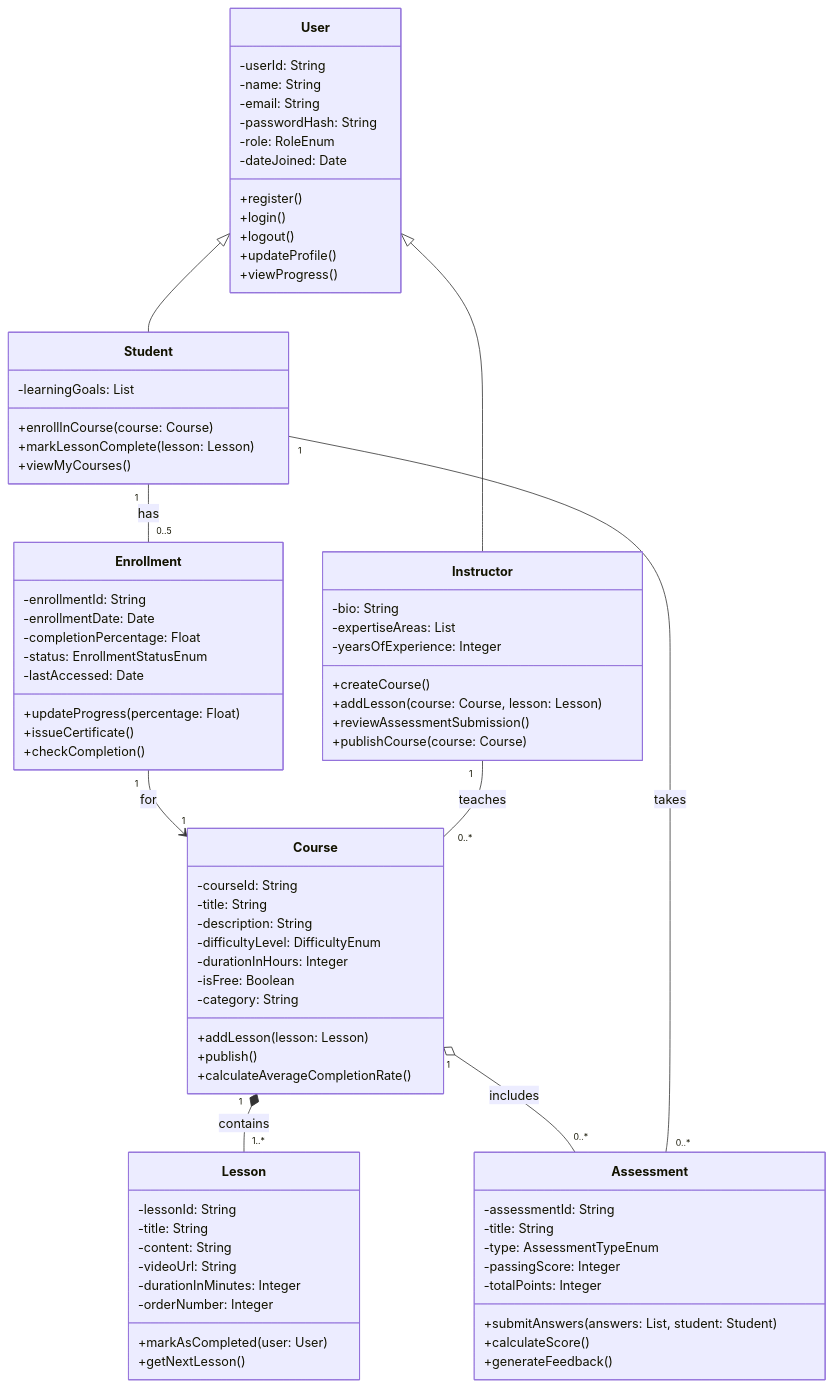
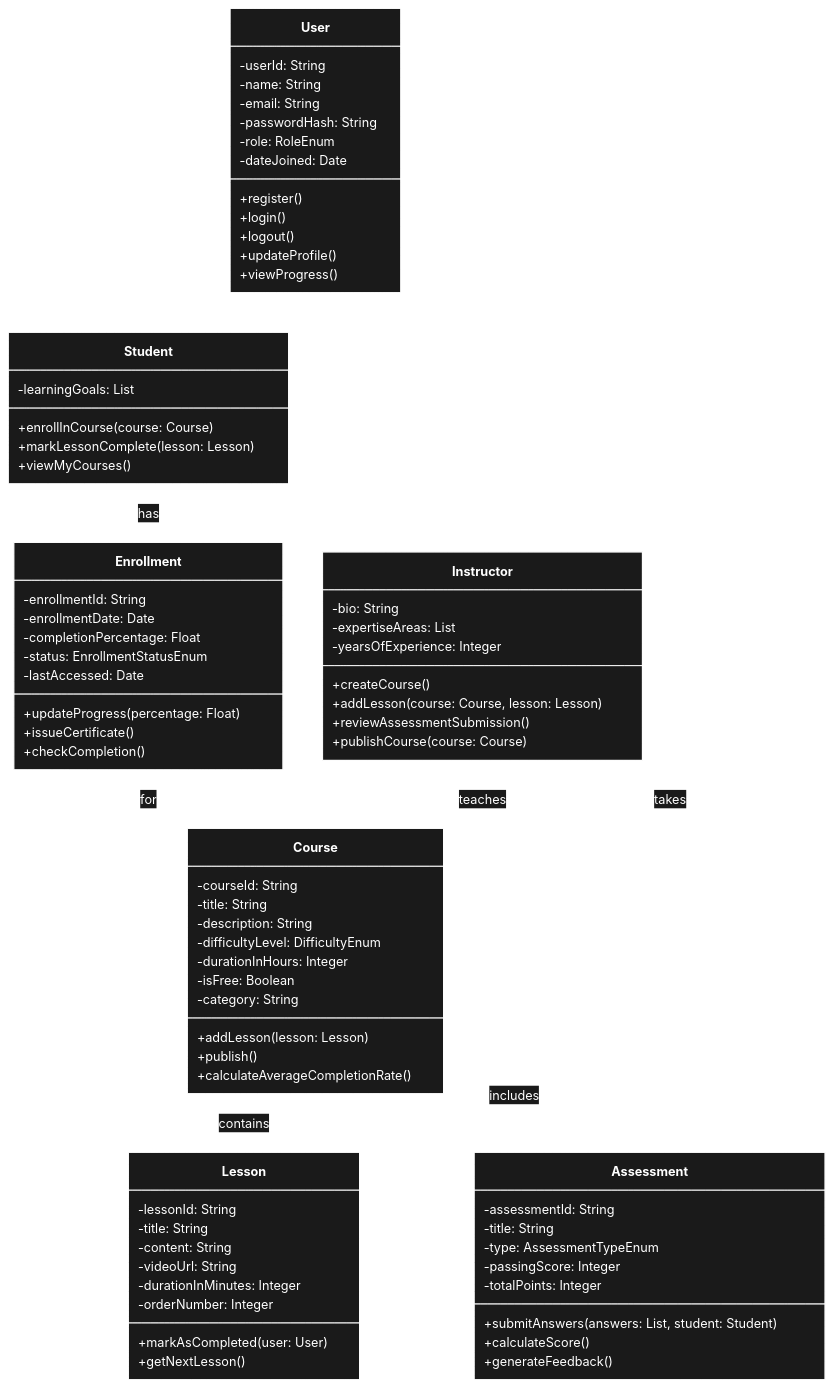
Before and after one commit to ongeziwe17/the-it-code-academy: the diagram in Assignment 9/Class Diagram in Mermaid.MD, drawn with Mermaid.

Commit message:
Update Class Diagram in Mermaid.MD

````diff
--- a/Assignment 9/Class Diagram in Mermaid.MD
+++ b/Assignment 9/Class Diagram in Mermaid.MD
@@ -3,4 +3,14 @@
 ```mermaid
+%%{init: {'theme': 'base', 'themeVariables': { 
+  'background': '#000000',
+  'mainBkg': '#1a1a1a',
+  'primaryColor': '#1a1a1a',
+  'primaryBorderColor': '#ffffff',
+  'secondaryBorderColor': '#ffffff',
+  'lineColor': '#ffffff',
+  'textColor': '#ffffff',
+  'classText': '#ffffff'
+}}}%%
 classDiagram
     class User {
         -userId: String
````
